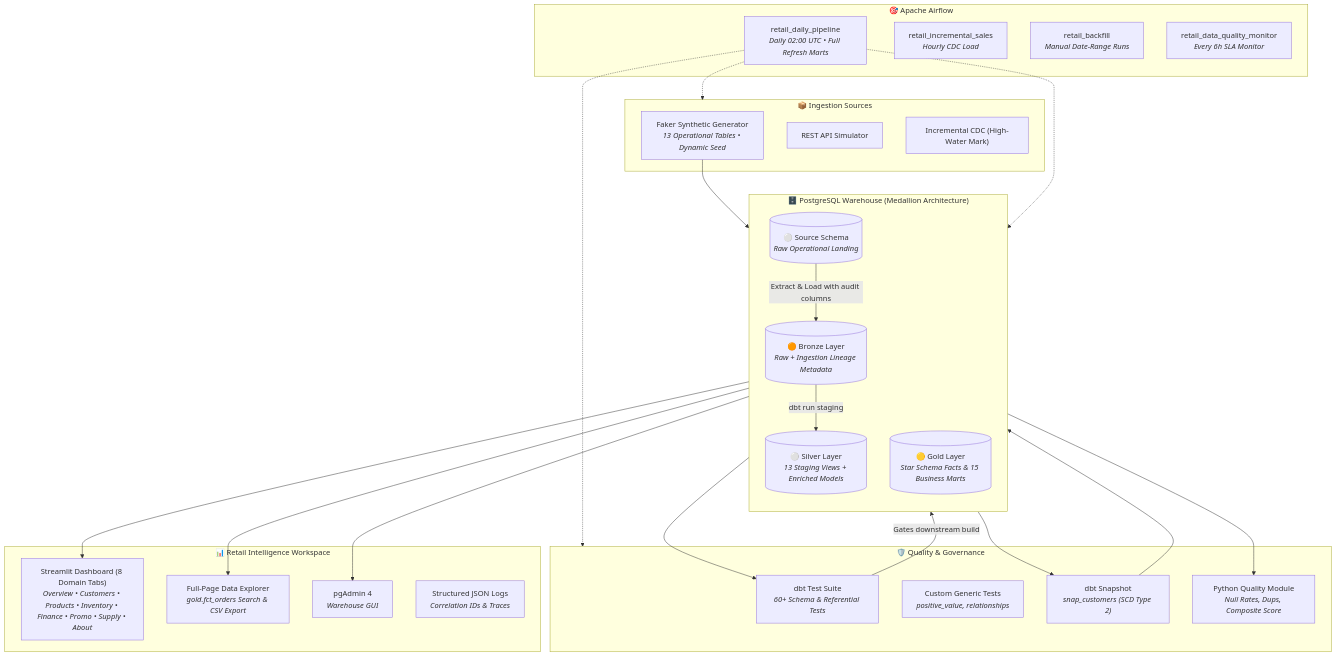
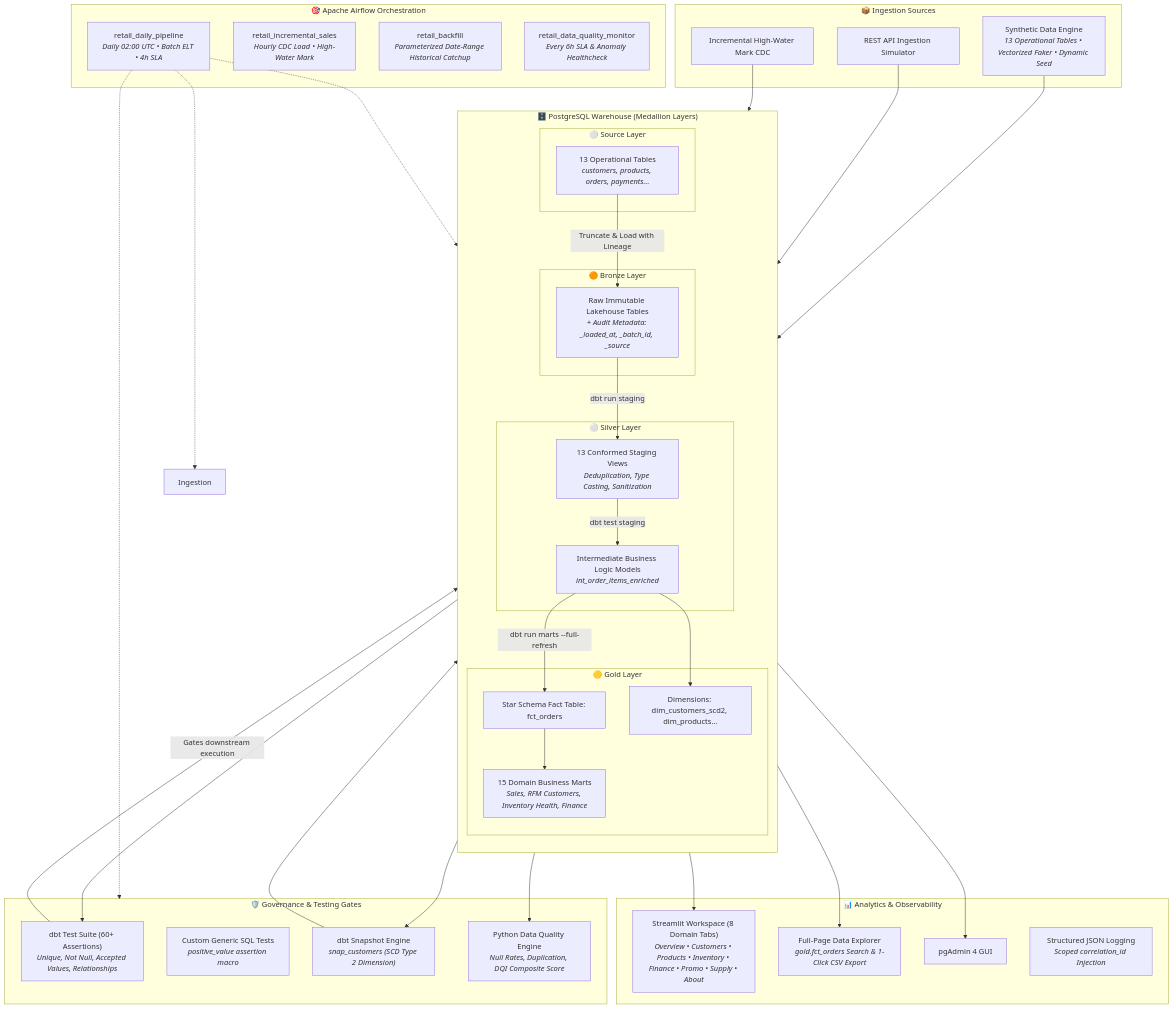
The first of 2 diagrams in README.md (Goddex-123/retail-elt-pipeline), drawn with Mermaid before and after one commit. The commit also changed other lines of this file and 1 other file, not shown here.

Commit message:
docs: overhaul README with live preview, visual capabilities grid, star schema, marts catalog, and modern data stack architecture

````diff
--- a/README.md
+++ b/README.md
@@ -42,51 +79,69 @@
 ```mermaid
 flowchart TB
     subgraph Sources["📦 Ingestion Sources"]
-        GEN["Faker Synthetic Generator<br/><i>13 Operational Tables • Dynamic Seed</i>"]
-        API["REST API Simulator"]
-        CDC["Incremental CDC (High-Water Mark)"]
+        GEN["Synthetic Data Engine<br/><i>13 Operational Tables • Vectorized Faker • Dynamic Seed</i>"]
+        REST["REST API Ingestion Simulator"]
+        CDC["Incremental High-Water Mark CDC"]
     end
 
-    subgraph Orchestration["🎯 Apache Airflow"]
-        DAG1["retail_daily_pipeline<br/><i>Daily 02:00 UTC • Full Refresh Marts</i>"]
-        DAG2["retail_incremental_sales<br/><i>Hourly CDC Load</i>"]
-        DAG3["retail_backfill<br/><i>Manual Date-Range Runs</i>"]
-        DAG4["retail_data_quality_monitor<br/><i>Every 6h SLA Monitor</i>"]
+    subgraph Airflow["🎯 Apache Airflow Orchestration"]
+        DAG_DAILY["retail_daily_pipeline<br/><i>Daily 02:00 UTC • Batch ELT • 4h SLA</i>"]
+        DAG_INC["retail_incremental_sales<br/><i>Hourly CDC Load • High-Water Mark</i>"]
+        DAG_BACKFILL["retail_backfill<br/><i>Parameterized Date-Range Historical Catchup</i>"]
+        DAG_QUAL["retail_data_quality_monitor<br/><i>Every 6h SLA & Anomaly Healthcheck</i>"]
     end
 
-    subgraph Warehouse["🗄️ PostgreSQL Warehouse (Medallion Architecture)"]
+    subgraph Warehouse["🗄️ PostgreSQL Warehouse (Medallion Layers)"]
         direction TB
-        SRC[("⚪ Source Schema<br/><i>Raw Operational Landing</i>")]
-        BRZ[("🟠 Bronze Layer<br/><i>Raw + Ingestion Lineage Metadata</i>")]
-        SLV[("⚪ Silver Layer<br/><i>13 Staging Views + Enriched Models</i>")]
-        GLD[("🟡 Gold Layer<br/><i>Star Schema Facts & 15 Business Marts</i>")]
+        subgraph S_SRC["⚪ Source Layer"]
+            T_SRC["13 Operational Tables<br/><i>customers, products, orders, payments...</i>"]
+        end
+        subgraph S_BRZ["🟠 Bronze Layer"]
+            T_BRZ["Raw Immutable Lakehouse Tables<br/><i>+ Audit Metadata: _loaded_at, _batch_id, _source</i>"]
+        end
+        subgraph S_SLV["⚪ Silver Layer"]
+            T_STG["13 Conformed Staging Views<br/><i>Deduplication, Type Casting, Sanitization</i>"]
+            T_INT["Intermediate Business Logic Models<br/><i>int_order_items_enriched</i>"]
+        end
+        subgraph S_GLD["🟡 Gold Layer"]
+            T_FCT["Star Schema Fact Table: fct_orders"]
+            T_DIM["Dimensions: dim_customers_scd2, dim_products..."]
+            T_MARTS["15 Domain Business Marts<br/><i>Sales, RFM Customers, Inventory Health, Finance</i>"]
+        end
+        T_SRC -->|Truncate & Load with Lineage| T_BRZ
+        T_BRZ -->|dbt run staging| T_STG
+        T_STG -->|dbt test staging| T_INT
+        T_INT -->|dbt run marts --full-refresh| T_FCT
+        T_INT --> T_DIM
+        T_FCT --> T_MARTS
     end
 
-    subgraph Quality["🛡️ Quality & Governance"]
-        DBT_TEST["dbt Test Suite<br/><i>60+ Schema & Referential Tests</i>"]
-        CUSTOM_TEST["Custom Generic Tests<br/><i>positive_value, relationships</i>"]
-        SCD2["dbt Snapshot<br/><i>snap_customers (SCD Type 2)</i>"]
-        PY_QUAL["Python Quality Module<br/><i>Null Rates, Dups, Composite Score</i>"]
+    subgraph Quality["🛡️ Governance & Testing Gates"]
+        TEST_DBT["dbt Test Suite (60+ Assertions)<br/><i>Unique, Not Null, Accepted Values, Relationships</i>"]
+        TEST_CUSTOM["Custom Generic SQL Tests<br/><i>positive_value assertion macro</i>"]
+        SNAP_SCD2["dbt Snapshot Engine<br/><i>snap_customers (SCD Type 2 Dimension)</i>"]
+        PY_REPORT["Python Data Quality Engine<br/><i>Null Rates, Duplication, DQI Composite Score</i>"]
     end
 
-    subgraph Analytics["📊 Retail Intelligence Workspace"]
-        DASH["Streamlit Dashboard (8 Domain Tabs)<br/><i>Overview • Customers • Products • Inventory • Finance • Promo • Supply • About</i>"]
-        EXPLORER["Full-Page Data Explorer<br/><i>gold.fct_orders Search & CSV Export</i>"]
-        PGADMIN["pgAdmin 4<br/><i>Warehouse GUI</i>"]
-        LOGS["Structured JSON Logs<br/><i>Correlation IDs & Traces</i>"]
+    subgraph Presentation["📊 Analytics & Observability"]
+        APP["Streamlit Workspace (8 Domain Tabs)<br/><i>Overview • Customers • Products • Inventory • Finance • Promo • Supply • About</i>"]
+        EXP["Full-Page Data Explorer<br/><i>gold.fct_orders Search & 1-Click CSV Export</i>"]
+        PG["pgAdmin 4 GUI"]
+        LOGS["Structured JSON Logging<br/><i>Scoped correlation_id Injection</i>"]
     end
 
-    GEN --> SRC
-    SRC -->|Extract & Load with audit columns| BRZ
-    BRZ -->|dbt run staging| SLV
-    SLV --> DBT_TEST
-    DBT_TEST -->|Gates downstream build| GLD
-    SLV --> SCD2 --> GLD
-    GLD --> PY_QUAL
-    GLD --> DASH
-    GLD --> EXPLORER
-    GLD --> PGADMIN
-    DAG1 -.-> Sources
-    DAG1 -.-> Warehouse
-    DAG1 -.-> Quality
+    GEN --> S_SRC
+    REST --> S_SRC
+    CDC --> S_SRC
+    T_STG --> TEST_DBT
+    TEST_DBT -->|Gates downstream execution| S_GLD
+    T_STG --> SNAP_SCD2 --> T_DIM
+    S_GLD --> PY_REPORT
+    S_GLD --> APP
+    S_GLD --> EXP
+    S_GLD --> PG
+
+    DAG_DAILY -.-> Ingestion
+    DAG_DAILY -.-> Warehouse
+    DAG_DAILY -.-> Quality
 ```
````
